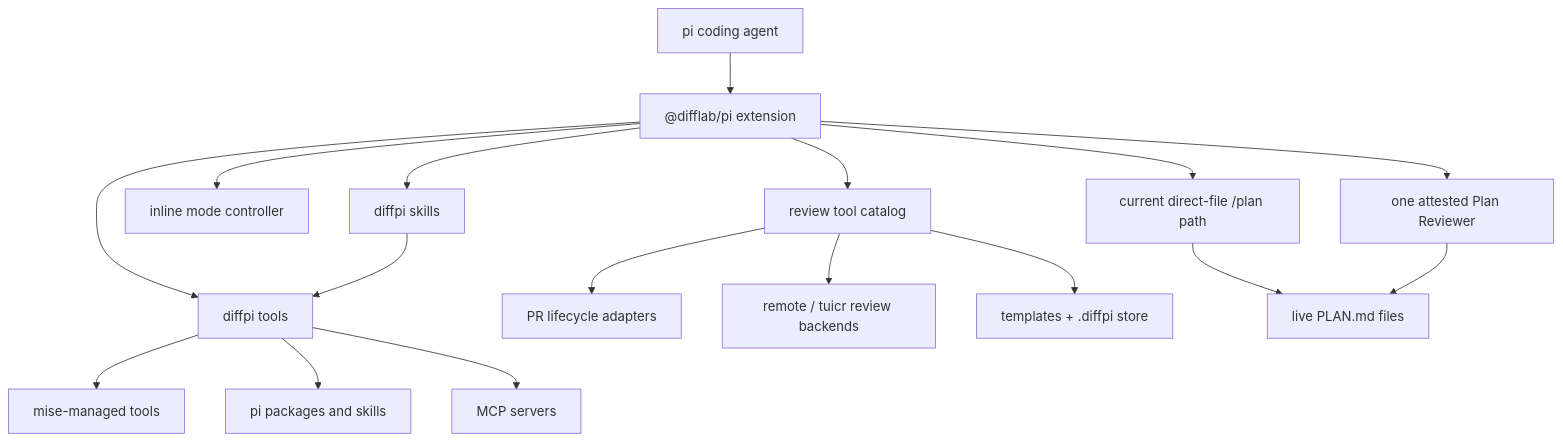
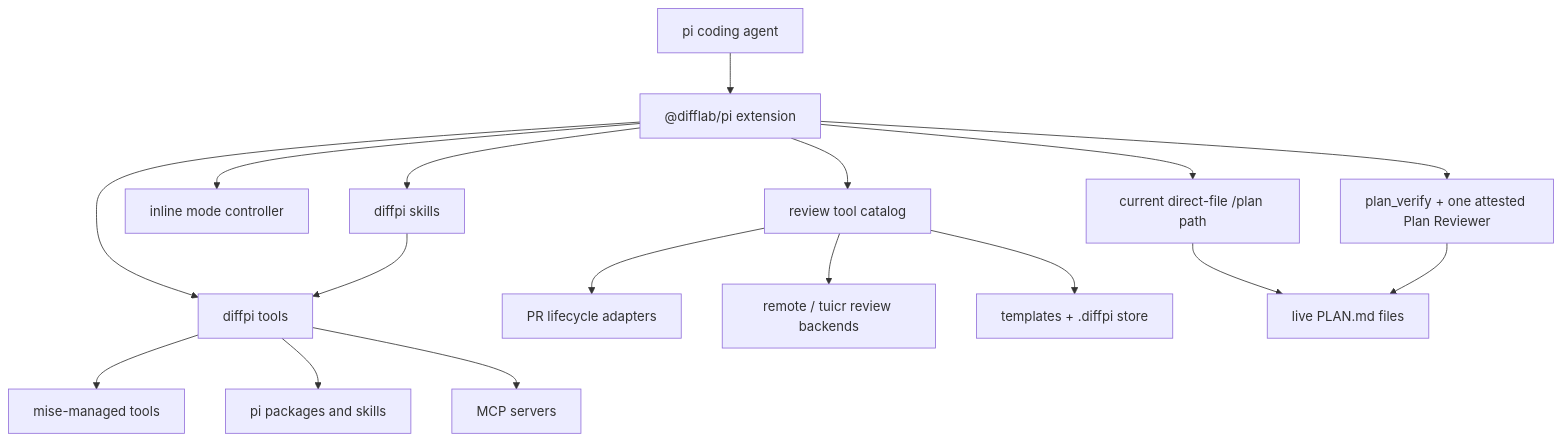
Before and after one commit to difflab-io/diffpi: the diagram in docs/architecture/index.md, drawn with Mermaid. The commit also changed other lines of this file and 33 other files, not shown here.

````diff
--- a/docs/architecture/index.md
+++ b/docs/architecture/index.md
@@ -31,19 +31,19 @@
 ```mermaid
 graph TD
     Pi["pi coding agent"] --> Extension["@difflab/pi extension"]
     Extension --> Tools["diffpi tools"]
     Extension --> Skills["diffpi skills"]
     Extension --> Modes["inline mode controller"]
     Extension --> Review["review tool catalog"]
     Extension --> PlanCurrent["current direct-file /plan path"]
-    Extension --> PlanTarget["one attested Plan Reviewer"]
+    Extension --> PlanTarget["plan_verify + one attested Plan Reviewer"]
     Skills --> Tools
     Review --> Forge["PR lifecycle adapters"]
     Review --> Backends["remote / tuicr review backends"]
     Review --> Store["templates + .diffpi store"]
     PlanCurrent --> Files["live PLAN.md files"]
     PlanTarget --> Files
     Tools --> Mise["mise-managed tools"]
     Tools --> Packages["pi packages and skills"]
     Tools --> MCP["MCP servers"]
 ```
````
